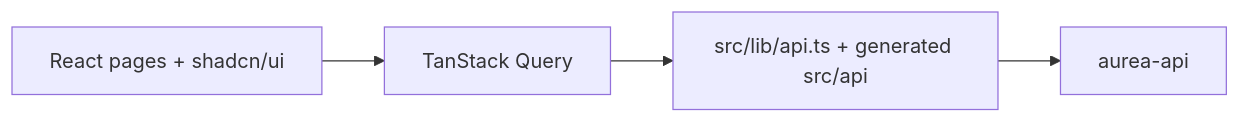
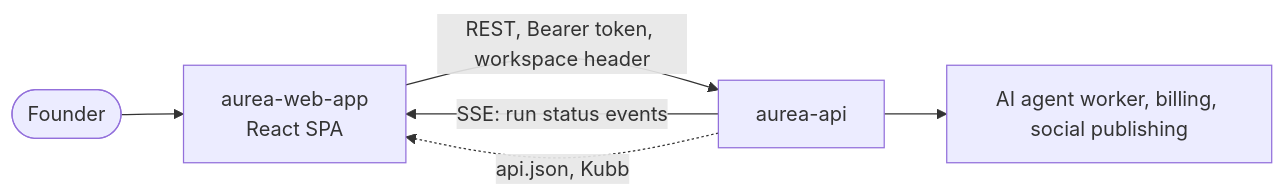
One commit to mkwitko/aurea-web-app changed the first of 3 diagrams in README.md. Above: the diagram before and after it, drawn with Mermaid. The commit also changed other lines of this file, not shown here.

Commit message:
docs: add system context, layer and AI fill flow diagrams to README

````diff
--- a/README.md
+++ b/README.md
@@ -16,6 +18,8 @@
 ```mermaid
 flowchart LR
-  UI[React pages + shadcn/ui] --> Q[TanStack Query]
-  Q --> Client[src/lib/api.ts + generated src/api]
-  Client --> API[aurea-api]
+  Founder([Founder]) --> Web[aurea-web-app<br/>React SPA]
+  Web -->|REST, Bearer token, workspace header| API[aurea-api]
+  API -->|SSE: run status events| Web
+  API -.->|api.json, Kubb| Web
+  API --> Agents[AI agent worker, billing, social publishing]
 ```
````
